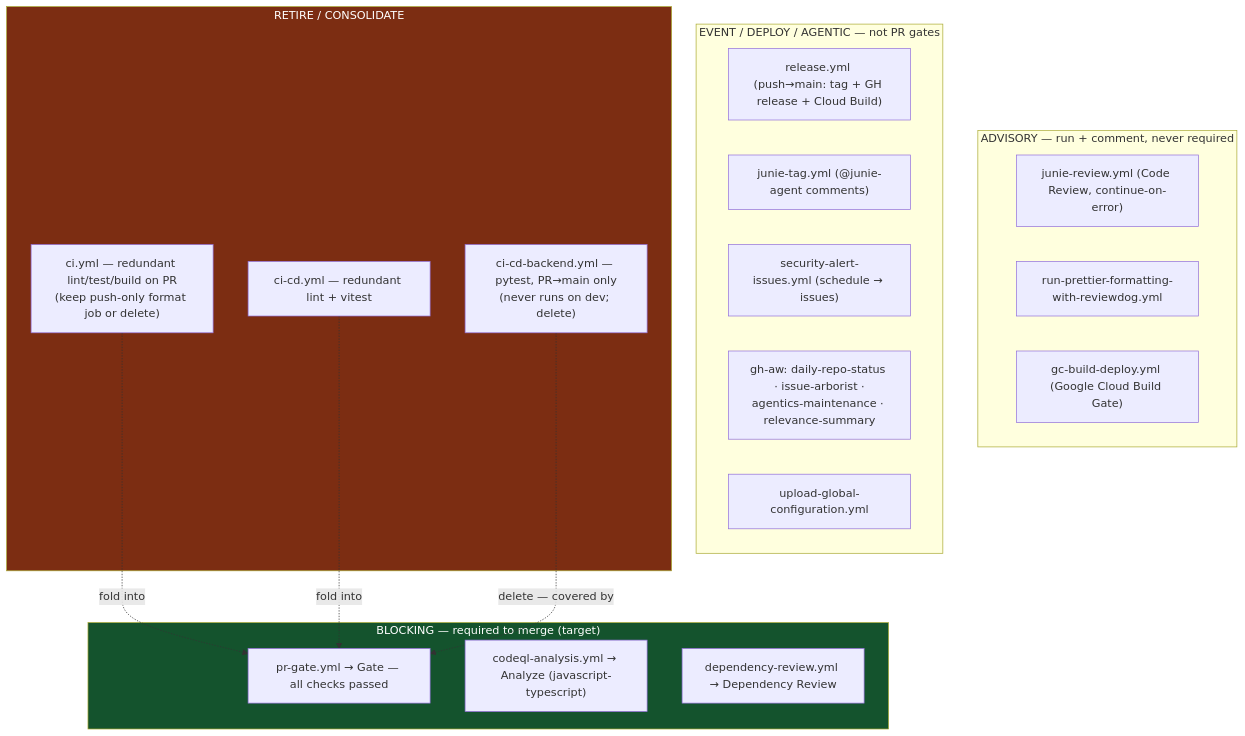
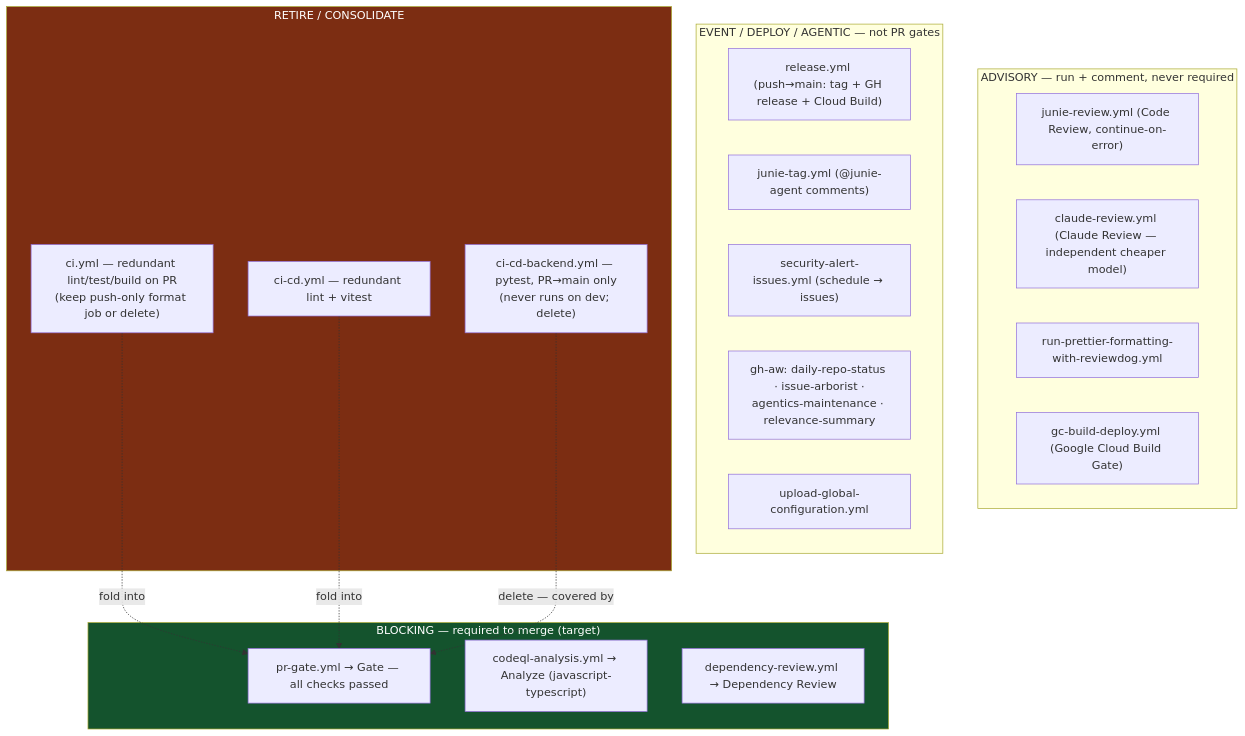
The diagram in docs/ci/refresh/diagram-workflow-map.md (adamtasteslikegood/tasteslikegoodtheangularsvegancookbook), drawn with Mermaid before and after one commit. The commit also changed other lines of this file and 6 other files, not shown here.

````diff
--- a/docs/ci/refresh/diagram-workflow-map.md
+++ b/docs/ci/refresh/diagram-workflow-map.md
@@ -9,30 +9,31 @@
 ```mermaid
 flowchart TB
     subgraph BLOCK["BLOCKING — required to merge (target)"]
         PG["pr-gate.yml → Gate — all checks passed"]
         CQ["codeql-analysis.yml → Analyze (javascript-typescript)"]
         DR["dependency-review.yml → Dependency Review"]
     end
     subgraph ADV["ADVISORY — run + comment, never required"]
         JR["junie-review.yml (Code Review, continue-on-error)"]
+        CLR["claude-review.yml (Claude Review — independent cheaper model)"]
         PRD["run-prettier-formatting-with-reviewdog.yml"]
         GC["gc-build-deploy.yml (Google Cloud Build Gate)"]
     end
     subgraph EVENT["EVENT / DEPLOY / AGENTIC — not PR gates"]
         REL["release.yml (push→main: tag + GH release + Cloud Build)"]
         JT["junie-tag.yml (@junie-agent comments)"]
         SEC["security-alert-issues.yml (schedule → issues)"]
         AW["gh-aw: daily-repo-status · issue-arborist ·<br/>agentics-maintenance · relevance-summary"]
         UP["upload-global-configuration.yml"]
     end
     subgraph RETIRE["RETIRE / CONSOLIDATE"]
         CI["ci.yml — redundant lint/test/build on PR<br/>(keep push-only format job or delete)"]
         CD["ci-cd.yml — redundant lint + vitest"]
         CDB["ci-cd-backend.yml — pytest, PR→main only<br/>(never runs on dev; delete)"]
     end
     CI -.->|"fold into"| PG
     CD -.->|"fold into"| PG
     CDB -.->|"delete — covered by"| PG
     style BLOCK fill:#14532d,color:#fff
     style RETIRE fill:#7c2d12,color:#fff
 ```
````
